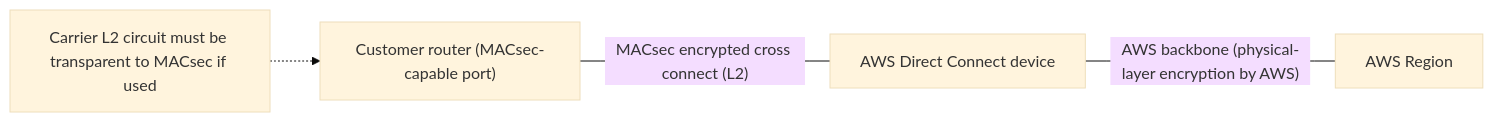
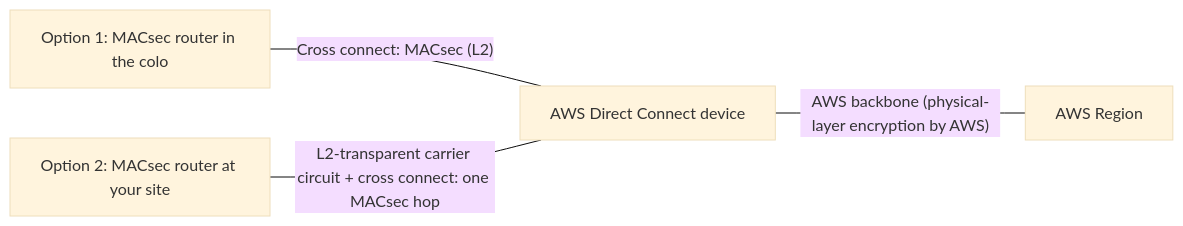
Before and after one commit to 0-draft/cross-connect: the second of 3 diagrams in docs/03-lag-and-macsec.md, drawn with Mermaid (base theme). The commit also changed other lines of this file and 4 other files, not shown here.

Commit message:
fix(security): MACsec covers the carrier only if it is Layer 2 transparent; draw carrier and cross connect separately

````diff
--- a/docs/03-lag-and-macsec.md
+++ b/docs/03-lag-and-macsec.md
@@ -59,6 +59,6 @@
 ```mermaid
 flowchart LR
-  A["Customer router (MACsec-capable port)"] -- "MACsec encrypted cross connect (L2)" --- B["AWS Direct Connect device"]
+  A["Option 1: MACsec router in the colo"] -- "Cross connect: MACsec (L2)" --- B["AWS Direct Connect device"]
+  S["Option 2: MACsec router at your site"] -- "L2-transparent carrier circuit + cross connect: one MACsec hop" --- B
   B -- "AWS backbone (physical-layer encryption by AWS)" --- C["AWS Region"]
-  X["Carrier L2 circuit must be transparent to MACsec if used"] -.-> A
 ```
````
